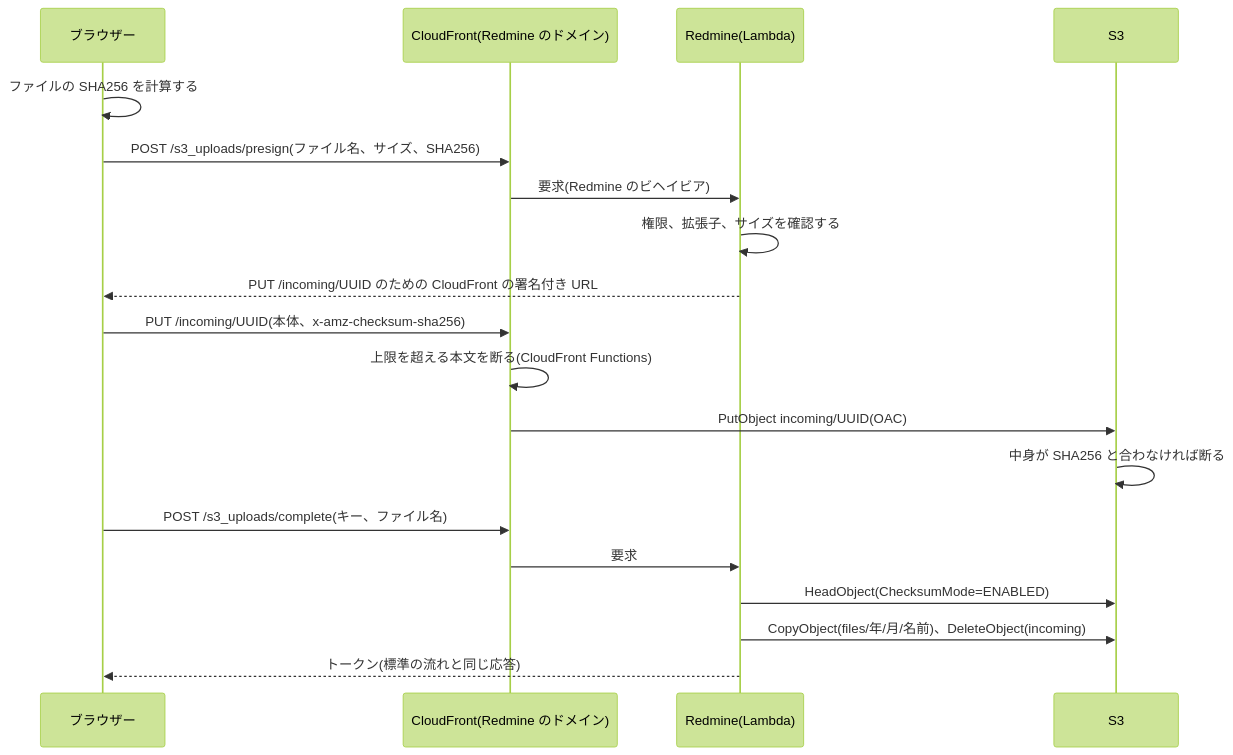
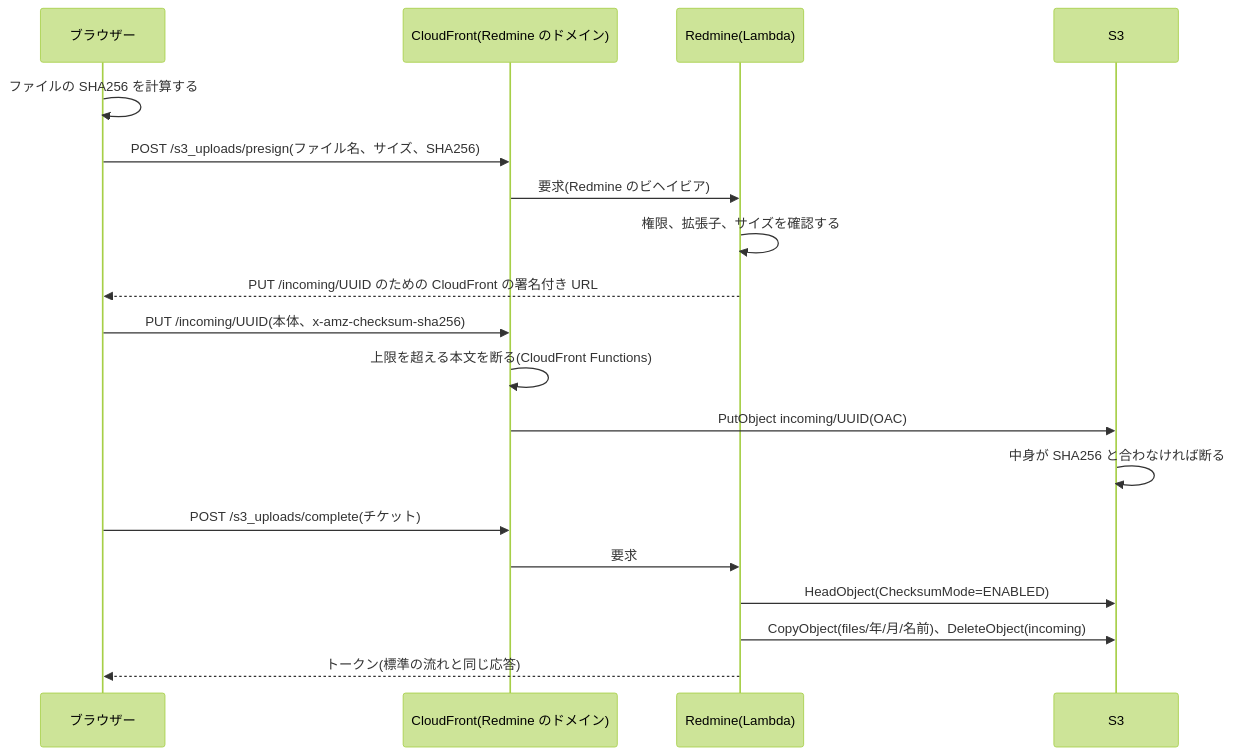
One commit to redmine-kit/redmine_aws_s3 changed the first of 3 diagrams in docs/ja/attachments.md. Above: the diagram before and after it, drawn with Mermaid (forest theme). The commit also changed other lines of this file and 10 other files, not shown here.

````diff
--- a/docs/ja/attachments.md
+++ b/docs/ja/attachments.md
@@ -84,21 +84,21 @@
 ```mermaid
 sequenceDiagram
   participant B as ブラウザー
   participant C as CloudFront(Redmine のドメイン)
   participant R as Redmine(Lambda)
   participant S as S3
   B->>B: ファイルの SHA256 を計算する
   B->>C: POST /s3_uploads/presign(ファイル名、サイズ、SHA256)
   C->>R: 要求(Redmine のビヘイビア)
   R->>R: 権限、拡張子、サイズを確認する
   R-->>B: PUT /incoming/UUID のための CloudFront の署名付き URL
   B->>C: PUT /incoming/UUID(本体、x-amz-checksum-sha256)
   C->>C: 上限を超える本文を断る(CloudFront Functions)
   C->>S: PutObject incoming/UUID(OAC)
   S->>S: 中身が SHA256 と合わなければ断る
-  B->>C: POST /s3_uploads/complete(キー、ファイル名)
+  B->>C: POST /s3_uploads/complete(チケット)
   C->>R: 要求
   R->>S: HeadObject(ChecksumMode=ENABLED)
   R->>S: CopyObject(files/年/月/名前)、DeleteObject(incoming)
   R-->>B: トークン(標準の流れと同じ応答)
 ```
````
